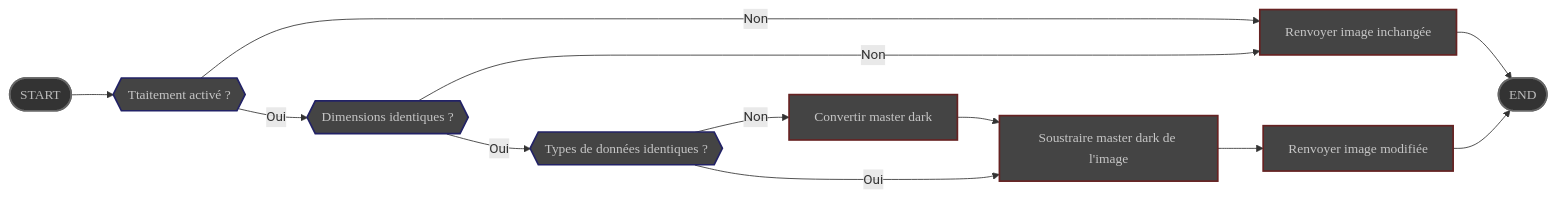
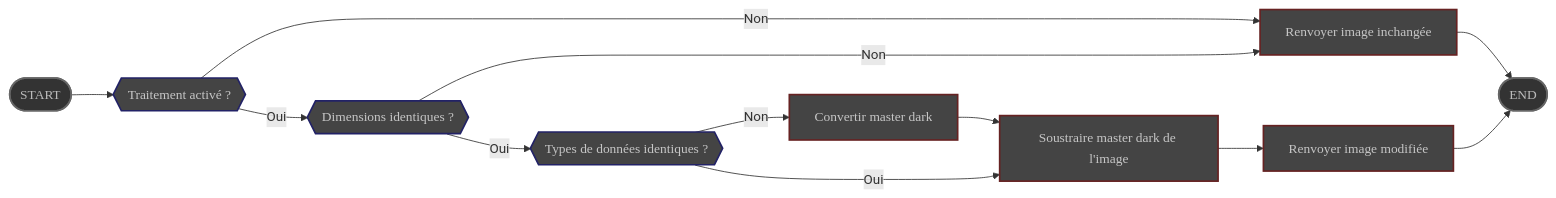
One commit to deufrai/als changed the diagram in website/content/fr/docs/v0.7/reference/modules/preprocess/dark_remove.md. Above: the diagram before and after it, drawn with Mermaid. The commit also changed 5 other files, not shown here.

Commit message:
Fix scanner module mermaid labels

````diff
--- a/website/content/fr/docs/v0.7/reference/modules/preprocess/dark_remove.md
+++ b/website/content/fr/docs/v0.7/reference/modules/preprocess/dark_remove.md
@@ -42,43 +42,43 @@
 ```mermaid
 graph LR
 
     START([START])
     
-    TEST_ENABLED{{Ttaitement activé ?}}
+    TEST_ENABLED{{Traitement activé ?}}
     TEST_SIZE{{Dimensions identiques ?}}
     TEST_TYPE{{Types de données identiques ?}}
     
     CONVERT[Convertir master dark]
     SUBTRACT[Soustraire master dark de l'image]
     
     RETURN[Renvoyer image modifiée]
     UNCHANGED[Renvoyer image inchangée]
     
     END([END])
     
     START --> TEST_ENABLED
     
     TEST_ENABLED ----->|Non| UNCHANGED
     TEST_ENABLED -->|Oui| TEST_SIZE
     
     TEST_SIZE ----->|Non| UNCHANGED
     TEST_SIZE -->|Oui| TEST_TYPE
     
     TEST_TYPE -->|Non| CONVERT
     TEST_TYPE -->|Oui| SUBTRACT
     
     CONVERT --> SUBTRACT
     SUBTRACT --> RETURN
     
     RETURN --> END
     UNCHANGED --> END
     
     classDef bounds fill: #333, stroke: #666, stroke-width: 2px, color: #BBB, font-family: 'Poppins', sans-serif
     classDef step fill: #444, stroke: #622, stroke-width:2px, color: #c6c6c6, font-family: 'Poppins',sans-serif
     classDef wait  fill: #444, stroke: #262,stroke-width: 2px, color: #c6c6c6, font-family:'Poppins', sans-serif
     classDef test fill: #444, stroke: #226, stroke-width: 2px, color: #c6c6c6, font-family: 'Poppins', sans-serif
     
     class TEST_ENABLED,TEST_SIZE,TEST_TYPE test
     class START,END bounds
     class RETURN,UNCHANGED,CONVERT,SUBTRACT step
 ```
````
